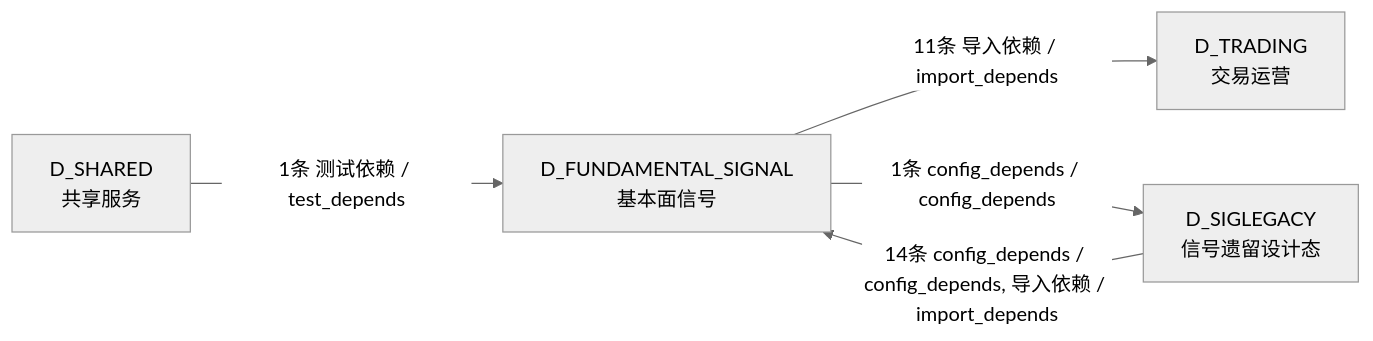
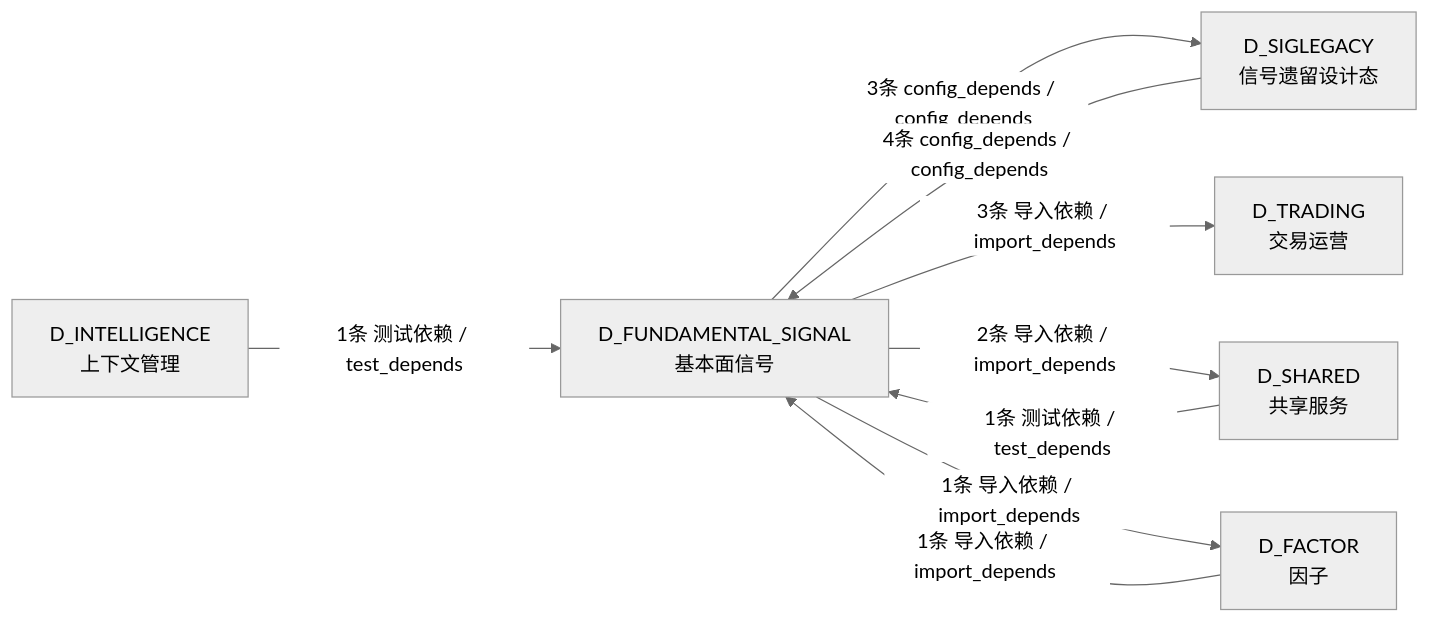
Before and after one commit to xuanFelixVan/ZephyrAlpha: the fourth of 4 diagrams in docs/02_enterprise_architecture/02_domain_architecture_docs/37_d_fundamental_signal.md, drawn with Mermaid (neutral theme). The commit also changed other lines of this file and 126 other files, not shown here.

````diff
--- a/docs/02_enterprise_architecture/02_domain_architecture_docs/37_d_fundamental_signal.md
+++ b/docs/02_enterprise_architecture/02_domain_architecture_docs/37_d_fundamental_signal.md
@@ -256,11 +222,17 @@
 ```mermaid
 graph LR
     D_FUNDAMENTAL_SIGNAL["D_FUNDAMENTAL_SIGNAL<br/>基本面信号"]
+    D_SIGLEGACY["D_SIGLEGACY<br/>信号遗留设计态"]
     D_TRADING["D_TRADING<br/>交易运营"]
-    D_SIGLEGACY["D_SIGLEGACY<br/>信号遗留设计态"]
     D_SHARED["D_SHARED<br/>共享服务"]
-    D_FUNDAMENTAL_SIGNAL -->|11条 导入依赖 / import_depends| D_TRADING
-    D_FUNDAMENTAL_SIGNAL -->|1条 config_depends / config_depends| D_SIGLEGACY
-    D_SIGLEGACY -->|14条 config_depends / config_depends, 导入依赖 / import_depends| D_FUNDAMENTAL_SIGNAL
+    D_FACTOR["D_FACTOR<br/>因子"]
+    D_INTELLIGENCE["D_INTELLIGENCE<br/>上下文管理"]
+    D_FUNDAMENTAL_SIGNAL -->|3条 config_depends / config_depends| D_SIGLEGACY
+    D_FUNDAMENTAL_SIGNAL -->|3条 导入依赖 / import_depends| D_TRADING
+    D_FUNDAMENTAL_SIGNAL -->|2条 导入依赖 / import_depends| D_SHARED
+    D_FUNDAMENTAL_SIGNAL -->|1条 导入依赖 / import_depends| D_FACTOR
+    D_SIGLEGACY -->|4条 config_depends / config_depends| D_FUNDAMENTAL_SIGNAL
+    D_FACTOR -->|1条 导入依赖 / import_depends| D_FUNDAMENTAL_SIGNAL
+    D_INTELLIGENCE -->|1条 测试依赖 / test_depends| D_FUNDAMENTAL_SIGNAL
     D_SHARED -->|1条 测试依赖 / test_depends| D_FUNDAMENTAL_SIGNAL
 ```
````
